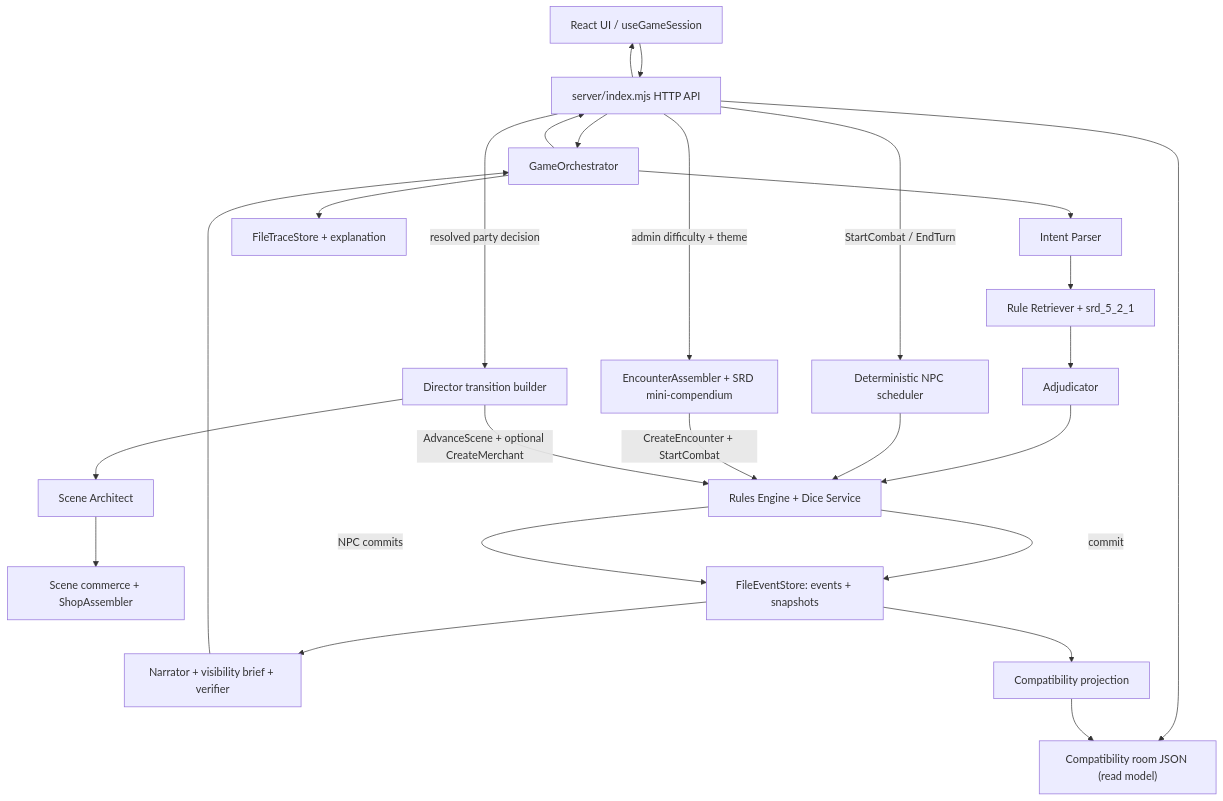
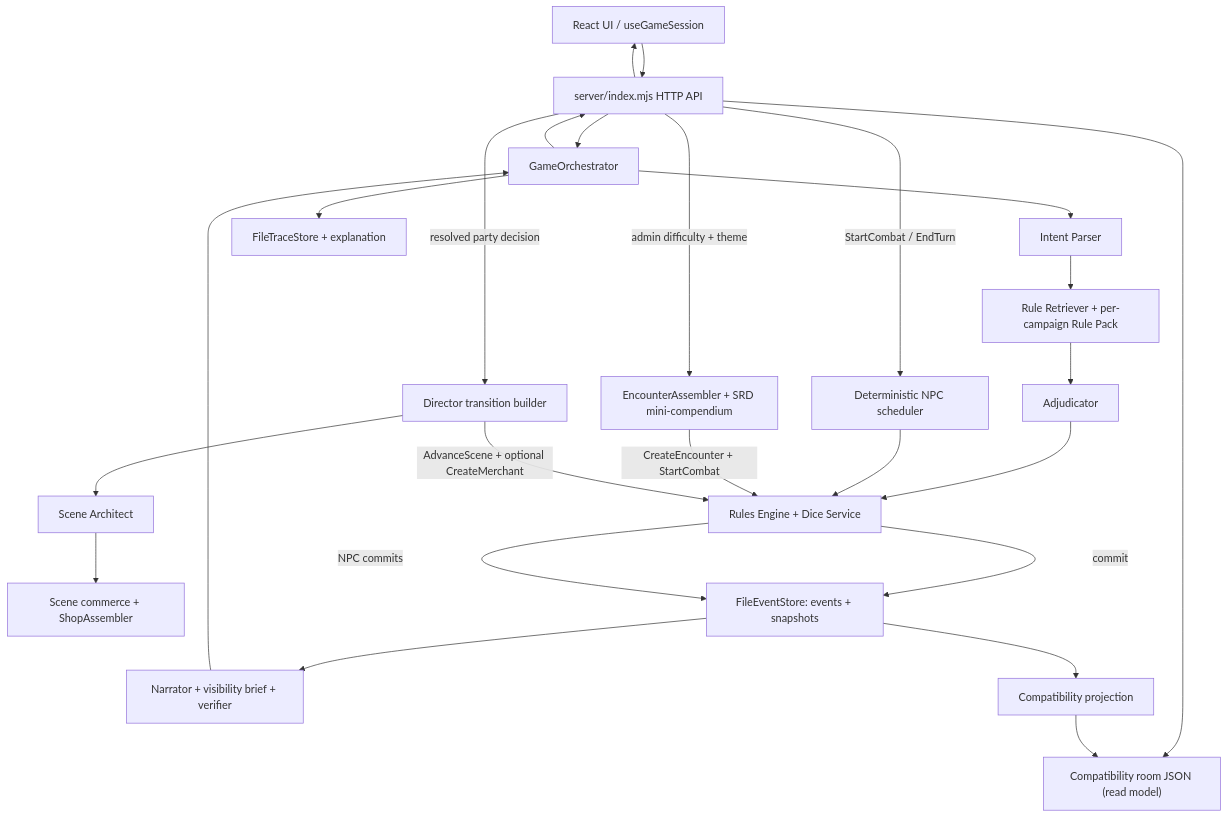
One commit to Anyukhin/skazanie-dnd changed the diagram in docs/current-architecture.md. Above: the diagram before and after it, drawn with Mermaid. The commit also changed other lines of this file and 81 other files, not shown here.

````diff
--- a/docs/current-architecture.md
+++ b/docs/current-architecture.md
@@ -15,45 +23,45 @@
 ```mermaid
 flowchart TD
     UI["React UI / useGameSession"]
     API["server/index.mjs HTTP API"]
     Room["Compatibility room JSON (read model)"]
     Orch["GameOrchestrator"]
     Parse["Intent Parser"]
-    Retrieve["Rule Retriever + srd_5_2_1"]
+    Retrieve["Rule Retriever + per-campaign Rule Pack"]
     Judge["Adjudicator"]
     Engine["Rules Engine + Dice Service"]
     Npc["Deterministic NPC scheduler"]
     Encounter["EncounterAssembler + SRD mini-compendium"]
     Director["Director transition builder"]
     Architect["Scene Architect"]
     Shop["Scene commerce + ShopAssembler"]
     Events["FileEventStore: events + snapshots"]
     Narrator["Narrator + visibility brief + verifier"]
     Trace["FileTraceStore + explanation"]
     Projection["Compatibility projection"]
 
     UI --> API
     API --> Room
     API --> Orch
     Orch --> Parse
     Parse --> Retrieve
     Retrieve --> Judge
     Judge --> Engine
     Engine -->|commit| Events
     API -->|StartCombat / EndTurn| Npc
     Npc --> Engine
     API -->|admin difficulty + theme| Encounter
     Encounter -->|CreateEncounter + StartCombat| Engine
     API -->|resolved party decision| Director
     Director --> Architect
     Architect --> Shop
     Director -->|AdvanceScene + optional CreateMerchant| Engine
     Engine -->|NPC commits| Events
     Events --> Narrator
     Orch --> Trace
     Narrator --> Orch
     Orch --> API
     Events --> Projection
     Projection --> Room
     API --> UI
 ```
````
